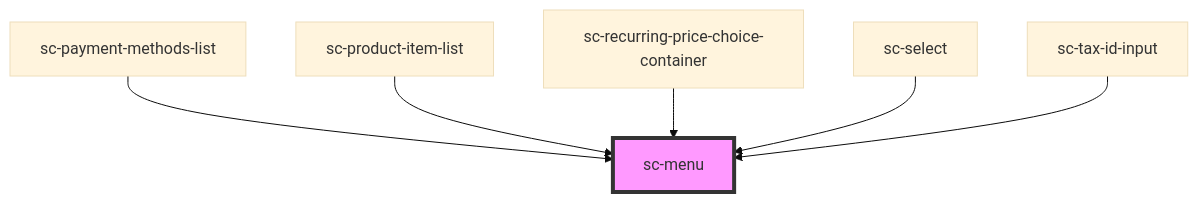
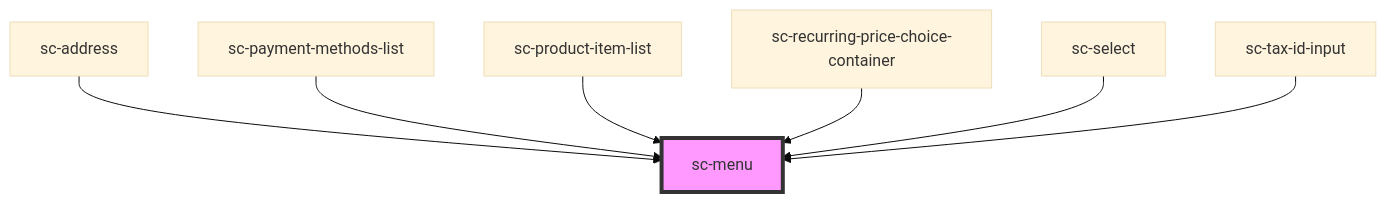
One commit to surecart/surecart-wp-plugin changed the diagram in packages/components/src/components/ui/menu/readme.md. Above: the diagram before and after it, drawn with Mermaid (base theme). The commit also changed other lines of this file and 19 other files, not shown here.

````diff
--- a/packages/components/src/components/ui/menu/readme.md
+++ b/packages/components/src/components/ui/menu/readme.md
@@ -38,9 +39,10 @@
 ```mermaid
 graph TD;
+  sc-address --> sc-menu
   sc-payment-methods-list --> sc-menu
   sc-product-item-list --> sc-menu
   sc-recurring-price-choice-container --> sc-menu
   sc-select --> sc-menu
   sc-tax-id-input --> sc-menu
   style sc-menu fill:#f9f,stroke:#333,stroke-width:4px
 ```
````
